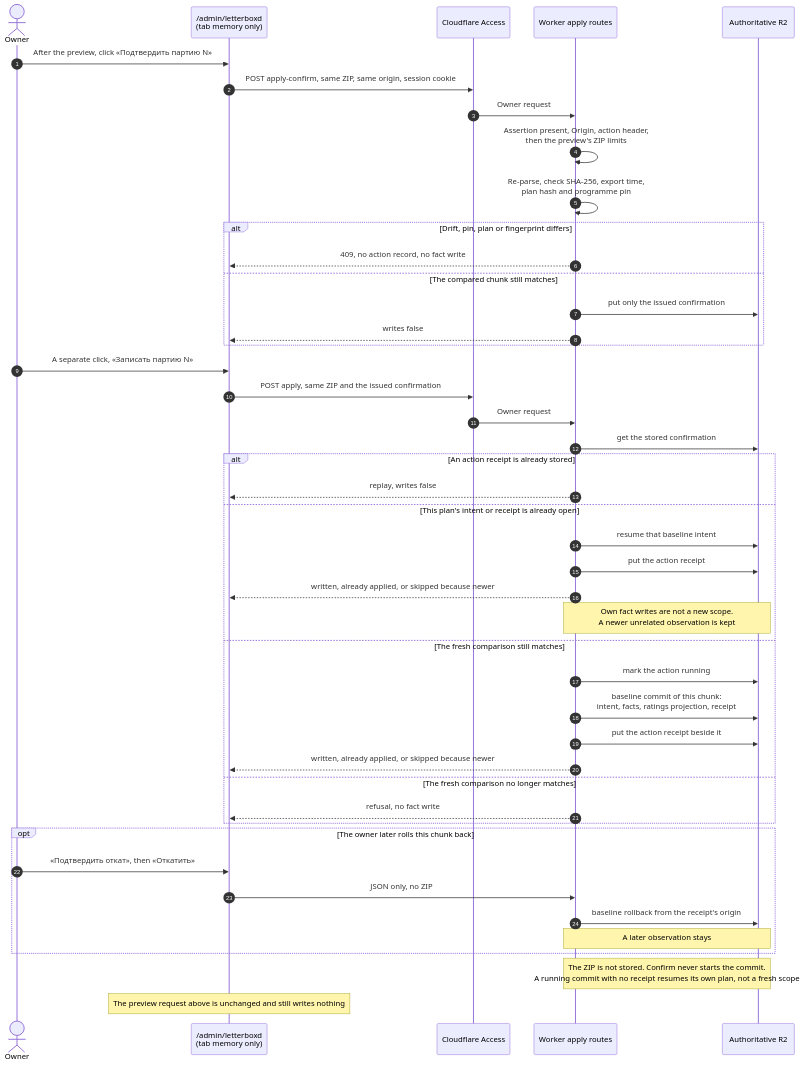
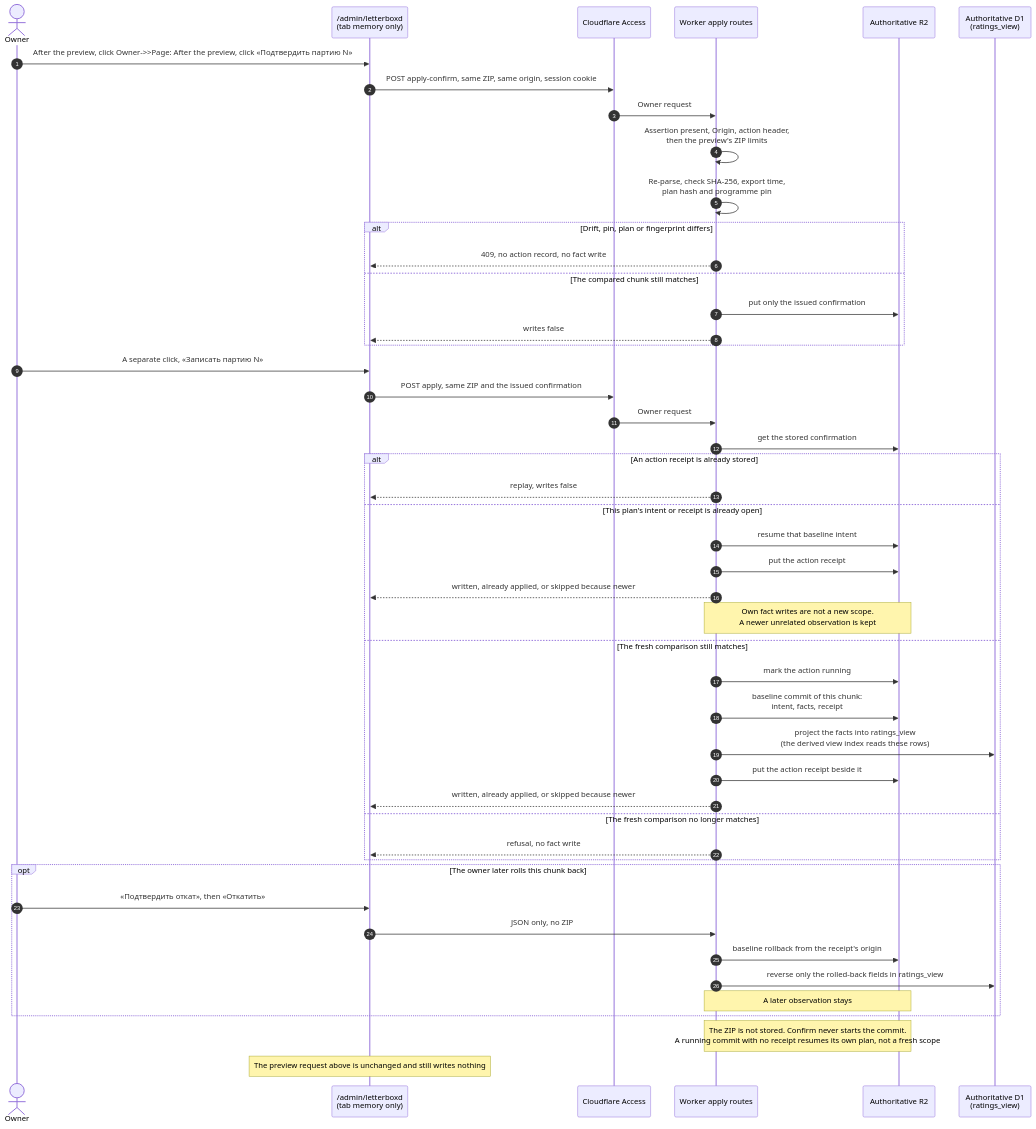
One commit to vladimino/iptv-watchlist changed the fourth of 4 diagrams in docs/architecture/letterboxd-ingestion.md. Above: the diagram before and after it, drawn with Mermaid. The commit also changed 34 other files, not shown here.

First line of the commit message:
AIR-558: address owner review (D1 rollback reversal, D1 input resolved first, usage and diagram fixes, ADR renumber to 0190)

````diff
--- a/docs/architecture/letterboxd-ingestion.md
+++ b/docs/architecture/letterboxd-ingestion.md
@@ -118,47 +118,50 @@
 ```mermaid
 sequenceDiagram
     autonumber
     actor Owner
     participant Page as /admin/letterboxd<br/>(tab memory only)
     participant Access as Cloudflare Access
     participant Worker as Worker apply routes
     participant R2 as Authoritative R2
-    Owner->>Page: After the preview, click «Подтвердить партию N»
+    participant D1 as Authoritative D1<br/>(ratings_view)
+    Owner->>Page: After the preview, click    Owner->>Page: After the preview, click «Подтвердить партию N»
     Page->>Access: POST apply-confirm, same ZIP, same origin, session cookie
     Access->>Worker: Owner request
     Worker->>Worker: Assertion present, Origin, action header,<br/>then the preview's ZIP limits
     Worker->>Worker: Re-parse, check SHA-256, export time,<br/>plan hash and programme pin
     alt Drift, pin, plan or fingerprint differs
         Worker-->>Page: 409, no action record, no fact write
     else The compared chunk still matches
         Worker->>R2: put only the issued confirmation
         Worker-->>Page: writes false
     end
     Owner->>Page: A separate click, «Записать партию N»
     Page->>Access: POST apply, same ZIP and the issued confirmation
     Access->>Worker: Owner request
     Worker->>R2: get the stored confirmation
     alt An action receipt is already stored
         Worker-->>Page: replay, writes false
     else This plan's intent or receipt is already open
         Worker->>R2: resume that baseline intent
         Worker->>R2: put the action receipt
         Worker-->>Page: written, already applied, or skipped because newer
         Note over Worker,R2: Own fact writes are not a new scope.<br/>A newer unrelated observation is kept
     else The fresh comparison still matches
         Worker->>R2: mark the action running
-        Worker->>R2: baseline commit of this chunk:<br/>intent, facts, ratings projection, receipt
+        Worker->>R2: baseline commit of this chunk:<br/>intent, facts, receipt
+        Worker->>D1: project the facts into ratings_view<br/>(the derived view index reads these rows)
         Worker->>R2: put the action receipt beside it
         Worker-->>Page: written, already applied, or skipped because newer
     else The fresh comparison no longer matches
         Worker-->>Page: refusal, no fact write
     end
     opt The owner later rolls this chunk back
         Owner->>Page: «Подтвердить откат», then «Откатить»
         Page->>Worker: JSON only, no ZIP
         Worker->>R2: baseline rollback from the receipt's origin
+        Worker->>D1: reverse only the rolled-back fields in ratings_view
         Note over Worker,R2: A later observation stays
     end
     Note over Worker,R2: The ZIP is not stored. Confirm never starts the commit.<br/>A running commit with no receipt resumes its own plan, not a fresh scope
     Note over Page: The preview request above is unchanged and still writes nothing
 ```
````
